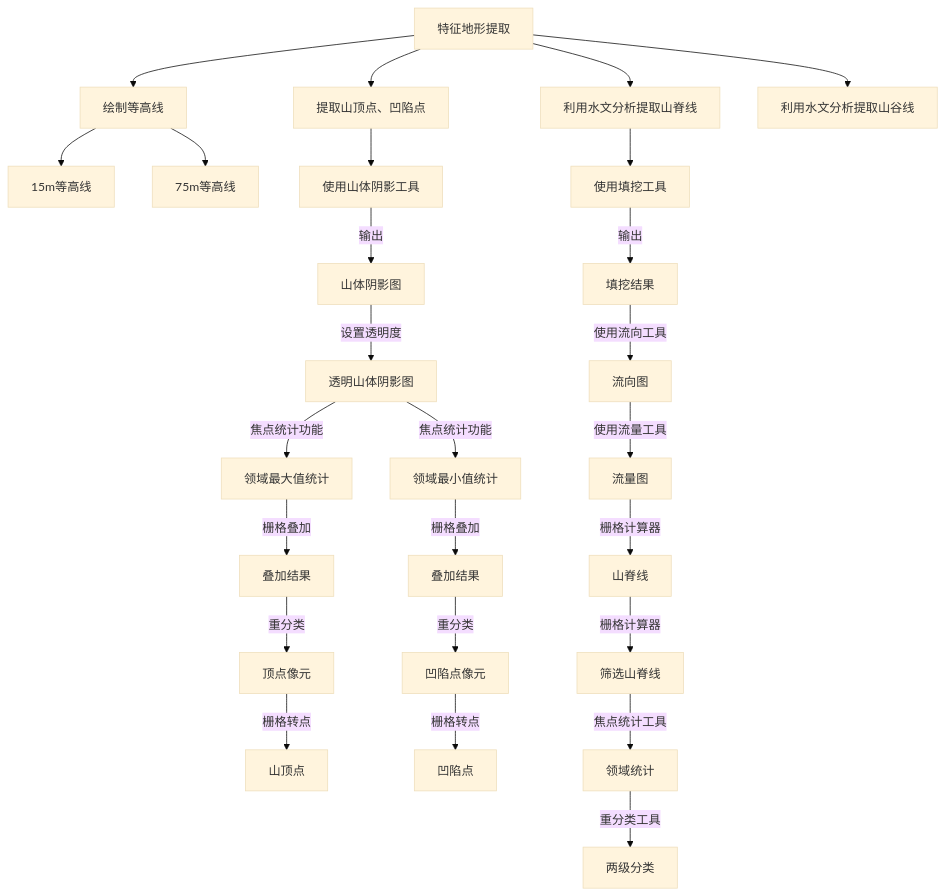
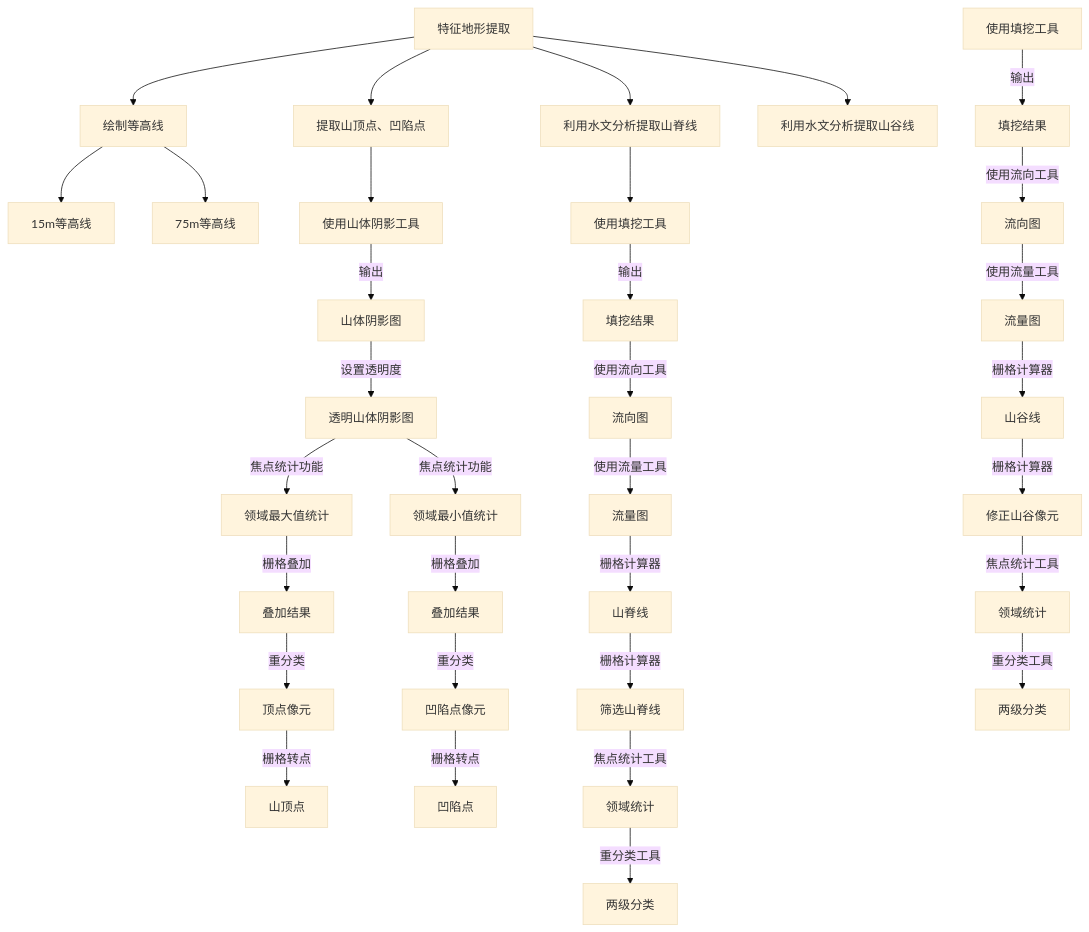
The diagram in all/未命名-2.md (newguser/iodraw-files), drawn with Mermaid (base theme) before and after one commit.

Commit message:
2025-02-28 08:56:13 update

````diff
--- a/all/未命名-2.md
+++ b/all/未命名-2.md
@@ -1,28 +1,35 @@
 ```mermaid
 graph TD
     A[特征地形提取] --> B[绘制等高线]
    A --> C[提取山顶点、凹陷点]
     A --> D[利用水文分析提取山脊线]
     A --> E[利用水文分析提取山谷线]
     B[绘制等高线]--> B1[15m等高线]
     B[绘制等高线]--> B2[75m等高线]
     C[提取山顶点、凹陷点]-->C1[使用山体阴影工具]
     D[利用水文分析提取山脊线]-->D1[使用填挖工具]
      C1[使用山体阴影工具] -->|输出| C2[山体阴影图]
         C2 -->|设置透明度| C3[透明山体阴影图]
         C3 -->|焦点统计功能| C4[领域最大值统计]
         C4 -->|栅格叠加| C5[叠加结果]
         C5 -->|重分类| C6[顶点像元]
         C6 -->|栅格转点| C7[山顶点]
         C3 -->|焦点统计功能| C8[领域最小值统计]
         C8 -->|栅格叠加| C9[叠加结果]
         C9 -->|重分类| C10[凹陷点像元]
         C10 -->|栅格转点| C11[凹陷点]
          D1[使用填挖工具] -->|输出| D2[填挖结果]
         D2 -->|使用流向工具| D3[流向图]
         D3 -->|使用流量工具| D4[流量图]
         D4 -->|栅格计算器| D5[山脊线]
         D5 -->|栅格计算器| D6[筛选山脊线]
         D6 -->|焦点统计工具| D7[领域统计]
         D7 -->|重分类工具| D8[两级分类]
+        E1[使用填挖工具] -->|输出| E2[填挖结果]
+        E2 -->|使用流向工具| E3[流向图]
+        E3 -->|使用流量工具| E4[流量图]
+        E4 -->|栅格计算器| E5[山谷线]
+        E5 -->|栅格计算器| E6[修正山谷像元]
+        E6 -->|焦点统计工具| E7[领域统计]
+        E7 -->|重分类工具| E8[两级分类]
 ```
````
